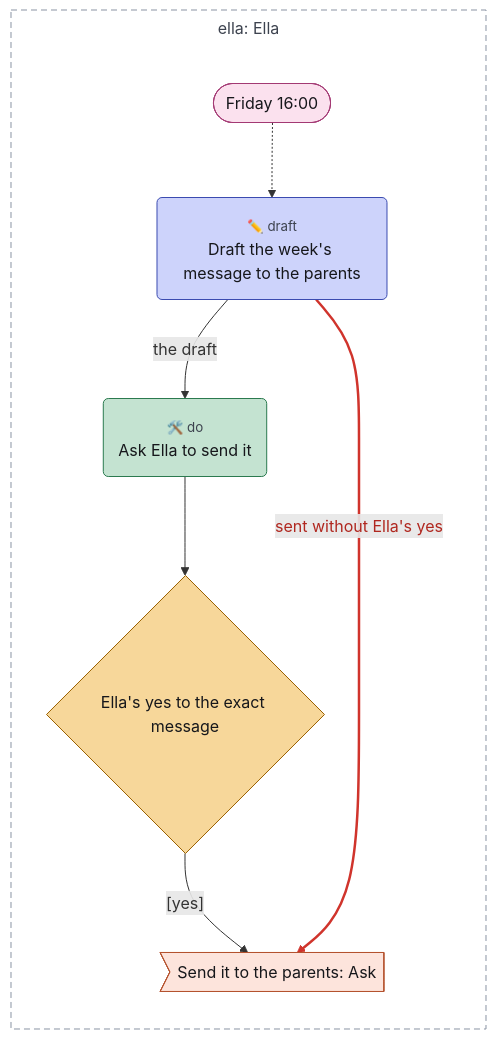
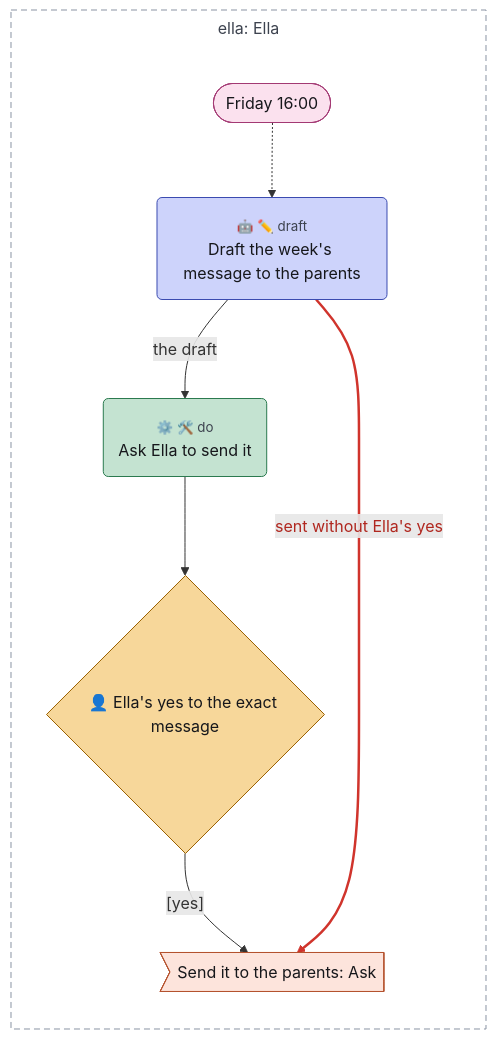
Before and after one commit to chrismdp/awml: the diagram in examples/tour/06-red-line.mmd, drawn with Mermaid. The commit also changed 21 other files, not shown here.

```diff
--- a/examples/tour/06-red-line.mmd
+++ b/examples/tour/06-red-line.mmd
@@ -1,41 +1,41 @@
 ---
 config:
   theme: default
   flowchart:
     useMaxWidth: false
     subGraphTitleMargin:
       top: 6
       bottom: 30
 ---
 flowchart TB
   subgraph ella["ella: Ella"]
     direction TB
     fri(["Friday 16:00"])
-    write("<small style='color:#3d434f'>✏️ draft</small><br>Draft the week's message to the parents")
-    ask("<small style='color:#3d434f'>🛠️ do</small><br>Ask Ella to send it")
-    approve{"Ella's yes to the exact message"}
+    write("<small style='color:#3d434f'>🤖 ✏️ draft</small><br>Draft the week's message to the parents")
+    ask("<small style='color:#3d434f'>⚙️ 🛠️ do</small><br>Ask Ella to send it")
+    approve{"👤 Ella's yes to the exact message"}
     send>"Send it to the parents: Ask"]
   end
 
   fri -.-> write
   write -->|"the draft"| ask
   ask --> approve
   approve -->|"[yes]"| send
   write -->|"sent without Ella's yes"| send
   classDef trig fill:#fbe1ee,stroke:#a33a74,color:#16171b
   classDef ctx fill:#e2eef9,stroke:#3d6fa3,color:#16171b
   classDef con fill:#eceef2,stroke:#5d6472,color:#16171b
   classDef surf fill:#ffffff,stroke:#2a2d35,stroke-width:1.5px,color:#16171b
   classDef out fill:#fde4dc,stroke:#b5532f,color:#16171b
   classDef ai fill:#cdd3fb,stroke:#3b4bb0,color:#16171b
   classDef rule fill:#c4e3d1,stroke:#2b7a4f,color:#16171b
   classDef human fill:#f7d79a,stroke:#9a6100,color:#16171b
   classDef uml fill:#16171b,stroke:#16171b,color:#16171b
   classDef gap fill:#ffffff,stroke:#8a93a3,stroke-dasharray:4 3,color:#6b7280
   class fri trig
   class send out
   class write ai
   class ask rule
   class approve human
   style ella fill:transparent,stroke:#8a93a3,stroke-dasharray:6 4,color:#3d434f
   linkStyle 4 stroke:#d0342c,stroke-width:2.5px,color:#b0271f
```
